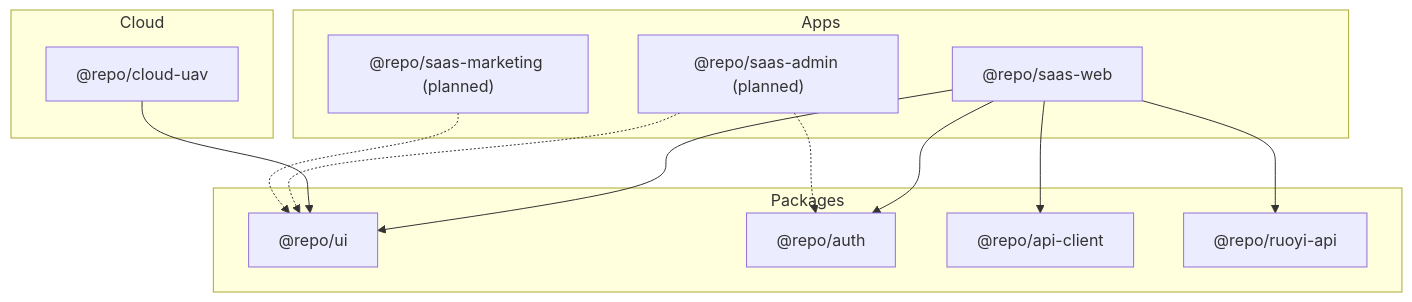
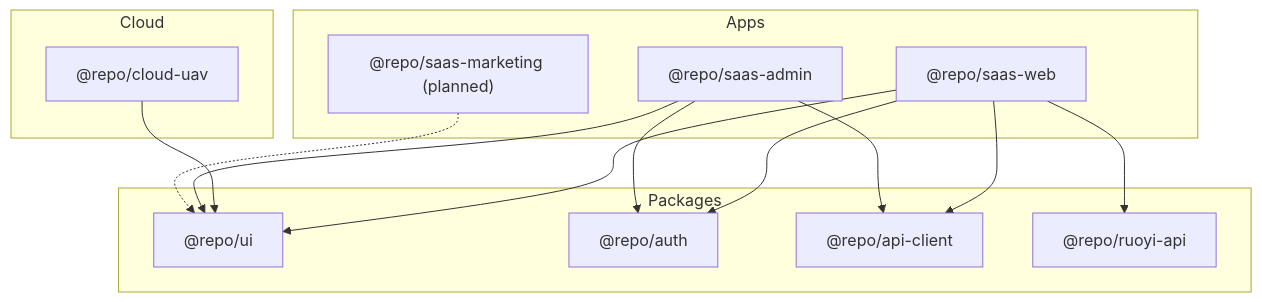
One commit to dujiaoai/map-design changed the first of 2 diagrams in docs/architecture/monorepo.md. Above: the diagram before and after it, drawn with Mermaid. The commit also changed other lines of this file and 7 other files, not shown here.

First line of the commit message:
docs(architecture): 同步 Admin P0～P3 已交付状态

````diff
--- a/docs/architecture/monorepo.md
+++ b/docs/architecture/monorepo.md
@@ -40,28 +40,29 @@
 ```mermaid
 flowchart TB
   subgraph apps [Apps]
     Web["@repo/saas-web"]
-    Admin["@repo/saas-admin (planned)"]
+    Admin["@repo/saas-admin"]
     Marketing["@repo/saas-marketing (planned)"]
   end
 
   subgraph packages [Packages]
     UI["@repo/ui"]
     Auth["@repo/auth"]
     ApiClient["@repo/api-client"]
     RuoYiApi["@repo/ruoyi-api"]
   end
 
   subgraph cloud [Cloud]
     UAV["@repo/cloud-uav"]
   end
 
   Web --> UI
   Web --> Auth
   Web --> ApiClient
   Web --> RuoYiApi
   UAV --> UI
-  Admin -.-> UI
-  Admin -.-> Auth
+  Admin --> UI
+  Admin --> Auth
+  Admin --> ApiClient
   Marketing -.-> UI
 ```
````
